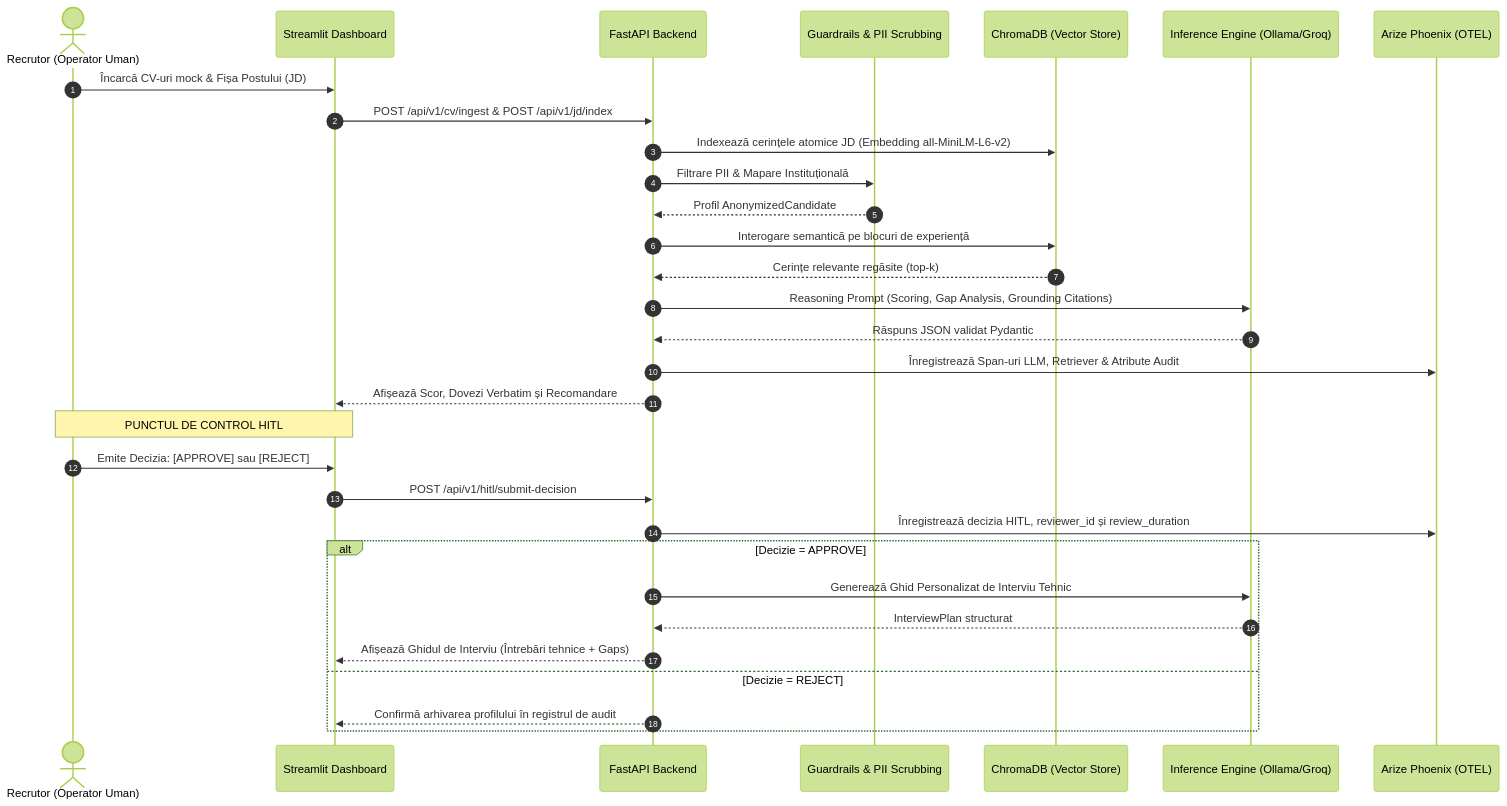
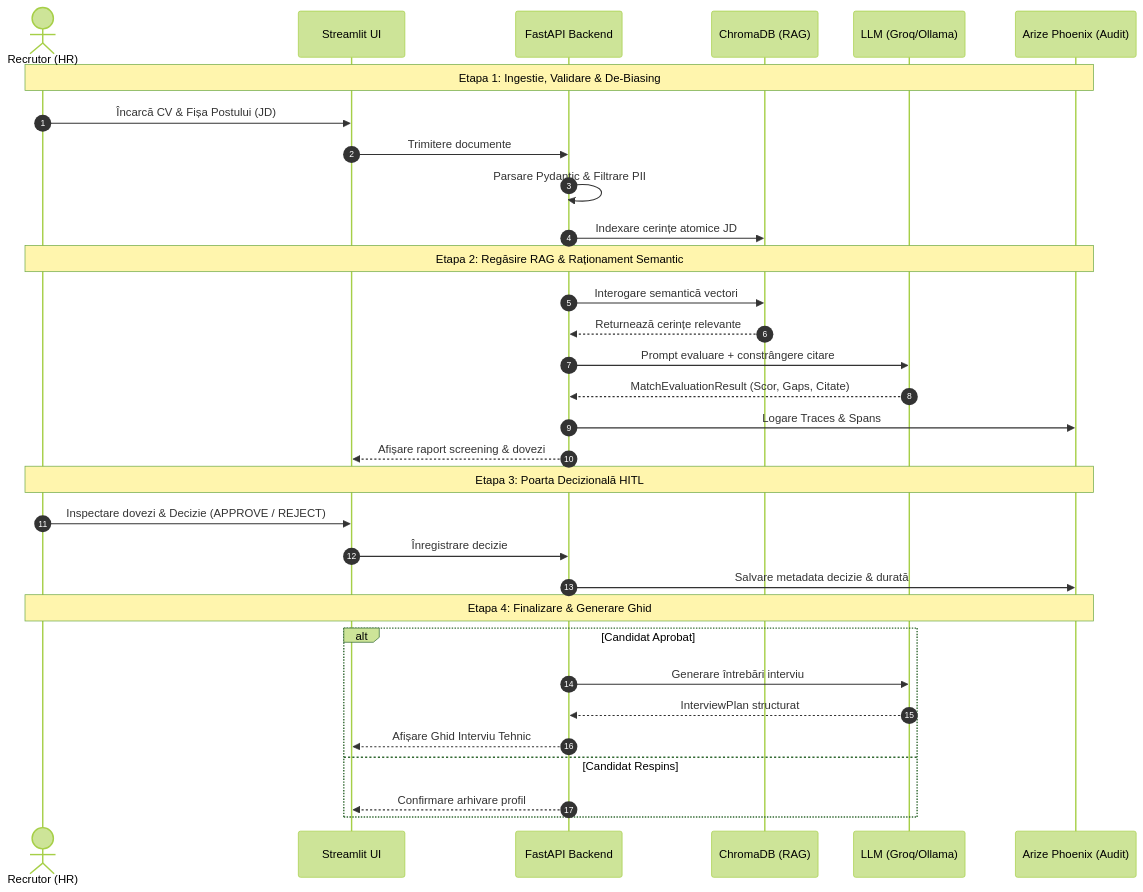
Before and after one commit to MorariuMark/agentic-recruitment-screening: the second of 4 diagrams in README.md, drawn with Mermaid (forest theme). The commit also changed other lines of this file, not shown here.

Commit message:
docs: restructure Mermaid sequence and architecture diagrams for clean rendering and high readability

````diff
--- a/README.md
+++ b/README.md
@@ -106,36 +107,38 @@
 ```mermaid
 sequenceDiagram
     autonumber
-    actor Recruiter as Recrutor (Operator Uman)
-    participant UI as Streamlit Dashboard
+    actor HR as Recrutor (HR)
+    participant UI as Streamlit UI
     participant API as FastAPI Backend
-    participant Guard as Guardrails & PII Scrubbing
-    participant VDB as ChromaDB (Vector Store)
-    participant LLM as Inference Engine (Ollama/Groq)
-    participant Tracing as Arize Phoenix (OTEL)
+    participant VDB as ChromaDB (RAG)
+    participant LLM as LLM (Groq/Ollama)
+    participant Phoenix as Arize Phoenix (Audit)
 
-    Recruiter->>UI: Încarcă CV-uri mock & Fișa Postului (JD)
-    UI->>API: POST /api/v1/cv/ingest & POST /api/v1/jd/index
-    API->>VDB: Indexează cerințele atomice JD (Embedding all-MiniLM-L6-v2)
-    API->>Guard: Filtrare PII & Mapare Instituțională
-    Guard-->>API: Profil AnonymizedCandidate
-    API->>VDB: Interogare semantică pe blocuri de experiență
-    VDB-->>API: Cerințe relevante regăsite (top-k)
-    API->>LLM: Reasoning Prompt (Scoring, Gap Analysis, Grounding Citations)
-    LLM-->>API: Răspuns JSON validat Pydantic
-    API->>Tracing: Înregistrează Span-uri LLM, Retriever & Atribute Audit
-    API-->>UI: Afișează Scor, Dovezi Verbatim și Recomandare
-    
-    Note over Recruiter,UI: PUNCTUL DE CONTROL HITL
-    Recruiter->>UI: Emite Decizia: [APPROVE] sau [REJECT]
-    UI->>API: POST /api/v1/hitl/submit-decision
-    API->>Tracing: Înregistrează decizia HITL, reviewer_id și review_duration
+    Note over HR,Phoenix: Etapa 1: Ingestie, Validare & De-Biasing
+    HR->>UI: Încarcă CV & Fișa Postului (JD)
+    UI->>API: Trimitere documente
+    API->>API: Parsare Pydantic & Filtrare PII
+    API->>VDB: Indexare cerințe atomice JD
 
-    alt Decizie = APPROVE
-        API->>LLM: Generează Ghid Personalizat de Interviu Tehnic
+    Note over HR,Phoenix: Etapa 2: Regăsire RAG & Raționament Semantic
+    API->>VDB: Interogare semantică vectori
+    VDB-->>API: Returnează cerințe relevante
+    API->>LLM: Prompt evaluare + constrângere citare
+    LLM-->>API: MatchEvaluationResult (Scor, Gaps, Citate)
+    API->>Phoenix: Logare Traces & Spans
+    API-->>UI: Afișare raport screening & dovezi
+
+    Note over HR,Phoenix: Etapa 3: Poarta Decizională HITL
+    HR->>UI: Inspectare dovezi & Decizie (APPROVE / REJECT)
+    UI->>API: Înregistrare decizie
+    API->>Phoenix: Salvare metadata decizie & durată
+
+    Note over HR,Phoenix: Etapa 4: Finalizare & Generare Ghid
+    alt Candidat Aprobat
+        API->>LLM: Generare întrebări interviu
         LLM-->>API: InterviewPlan structurat
-        API-->>UI: Afișează Ghidul de Interviu (Întrebări tehnice + Gaps)
-    else Decizie = REJECT
-        API-->>UI: Confirmă arhivarea profilului în registrul de audit
+        API-->>UI: Afișare Ghid Interviu Tehnic
+    else Candidat Respins
+        API-->>UI: Confirmare arhivare profil
     end
 ```
````
